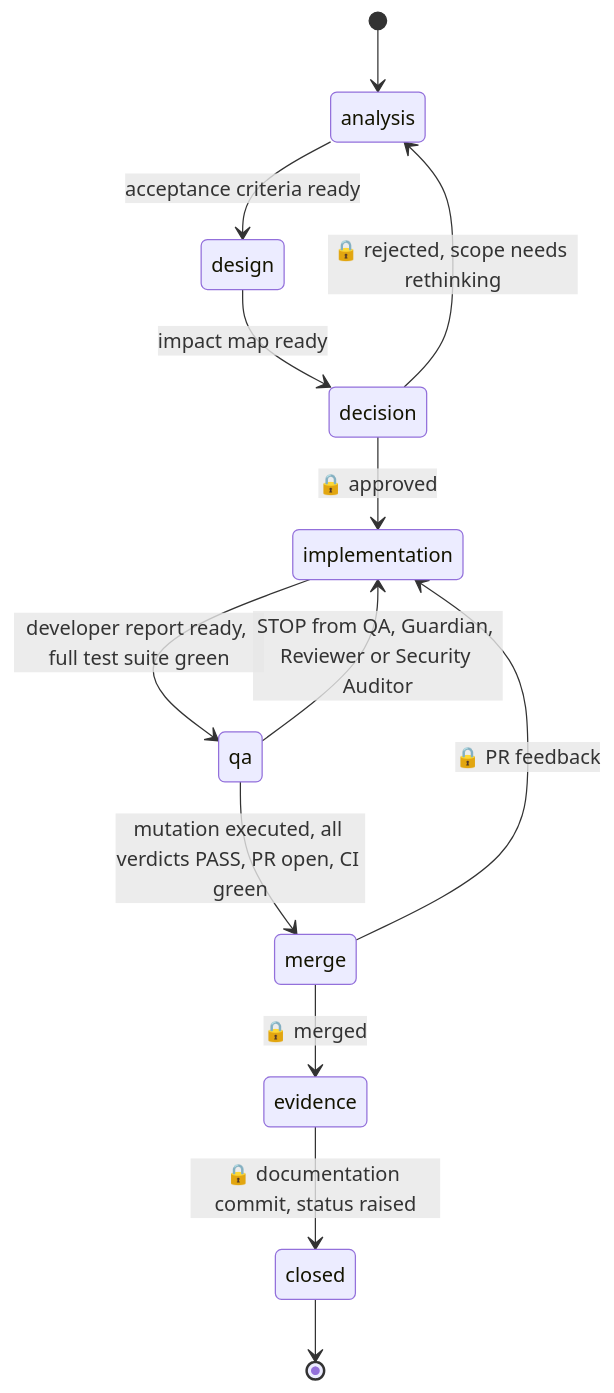
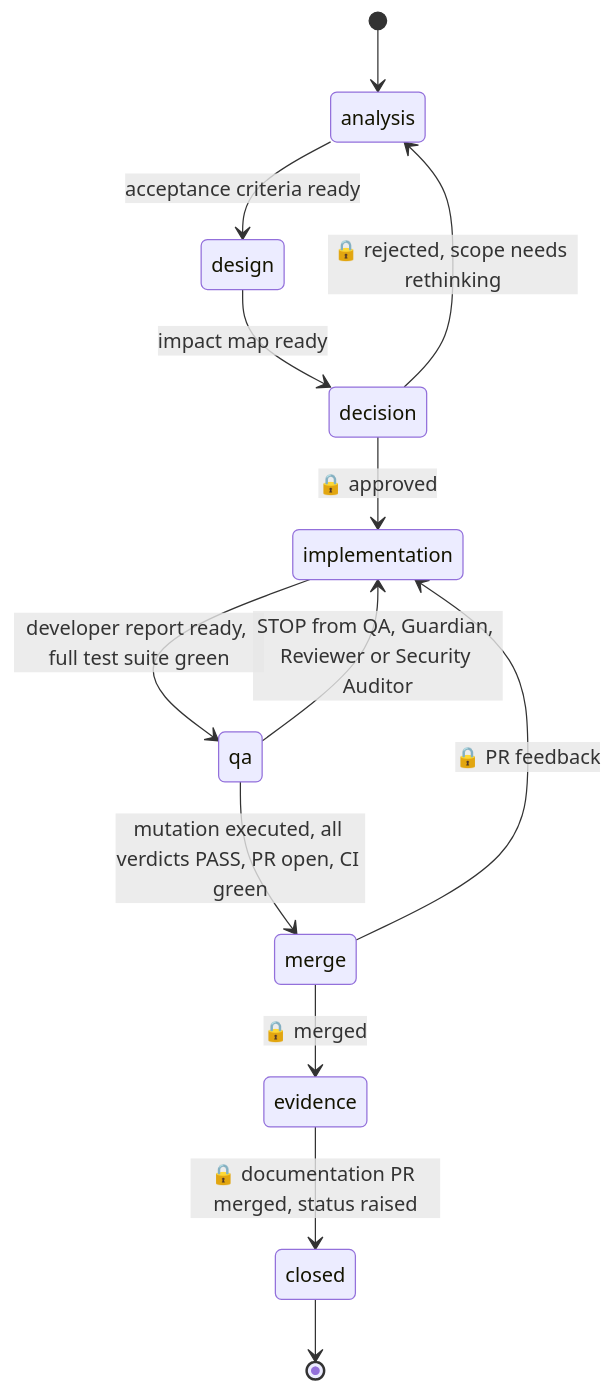
The diagram in process/sdlc-flow.md (TanerCRB/NineFold), drawn with Mermaid before and after one commit. The commit also changed other lines of this file and 14 other files, not shown here.

````diff
--- a/process/sdlc-flow.md
+++ b/process/sdlc-flow.md
@@ -13,15 +13,15 @@
 ```mermaid
 stateDiagram-v2
     [*] --> analysis
     analysis --> design : acceptance criteria ready
     design --> decision : impact map ready
     decision --> implementation : 🔒 approved
     decision --> analysis : 🔒 rejected, scope needs rethinking
     implementation --> qa : developer report ready, full test suite green
     qa --> implementation : STOP from QA, Guardian, Reviewer or Security Auditor
     qa --> merge : mutation executed, all verdicts PASS, PR open, CI green
     merge --> implementation : 🔒 PR feedback
     merge --> evidence : 🔒 merged
-    evidence --> closed : 🔒 documentation commit, status raised
+    evidence --> closed : 🔒 documentation PR merged, status raised
     closed --> [*]
 ```
````
